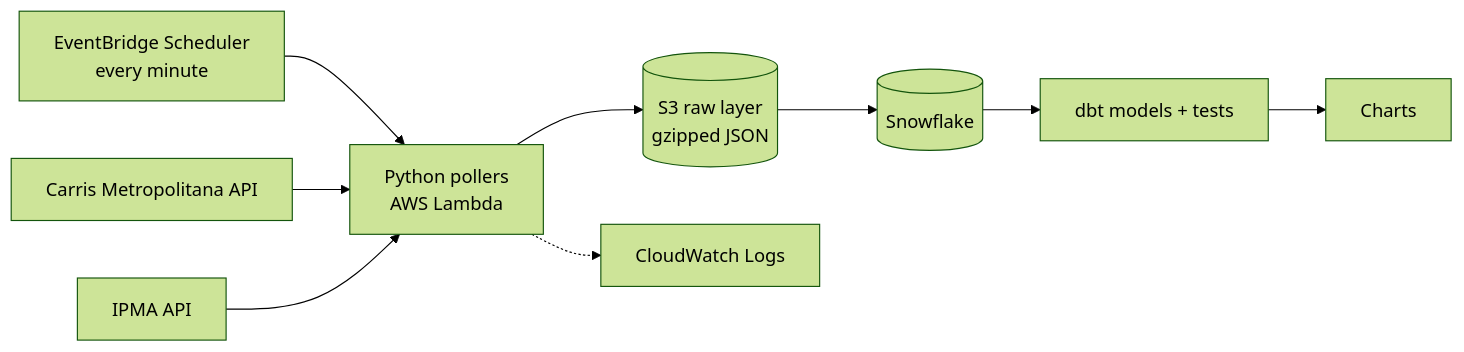
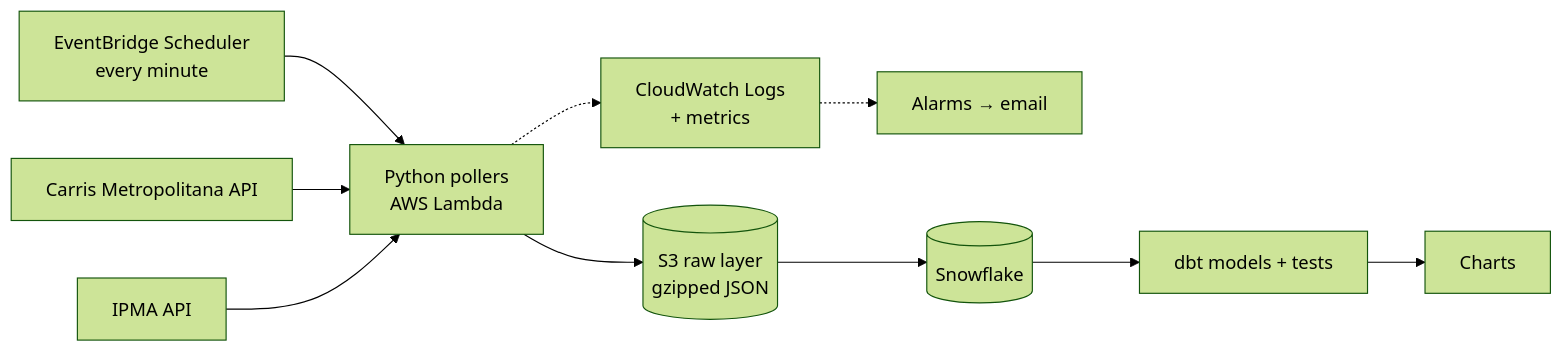
One commit to fmarsilv/lisbon-transit-pipeline changed the diagram in README.md. Above: the diagram before and after it, drawn with Mermaid (forest theme). The commit also changed other lines of this file and 1 other file, not shown here.

````diff
--- a/README.md
+++ b/README.md
@@ -150,11 +170,12 @@
 ```mermaid
 flowchart LR
     S[EventBridge Scheduler<br/>every minute] --> C[Python pollers<br/>AWS Lambda]
     A[Carris Metropolitana API] --> C
     B[IPMA API] --> C
     C --> D[(S3 raw layer<br/>gzipped JSON)]
-    C -.-> L[CloudWatch Logs]
+    C -.-> L[CloudWatch Logs<br/>+ metrics]
+    L -.-> AL[Alarms → email]
     D --> E[(Snowflake)]
     E --> F[dbt models + tests]
     F --> G[Charts]
 ```
````
